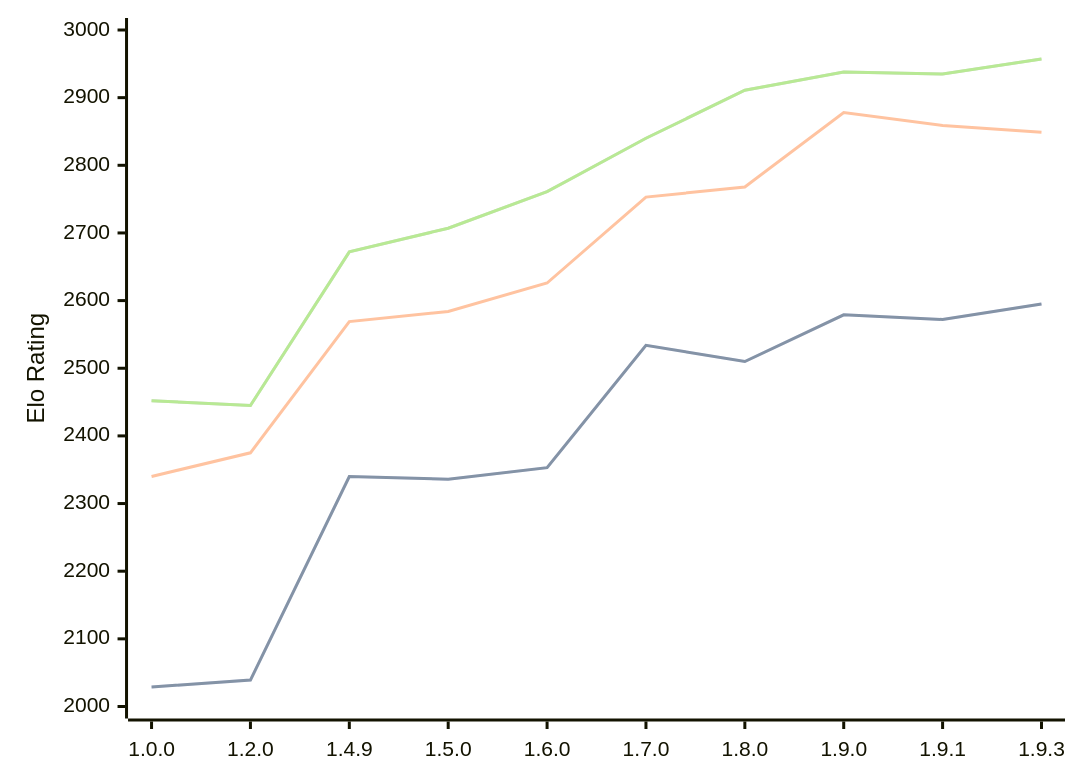
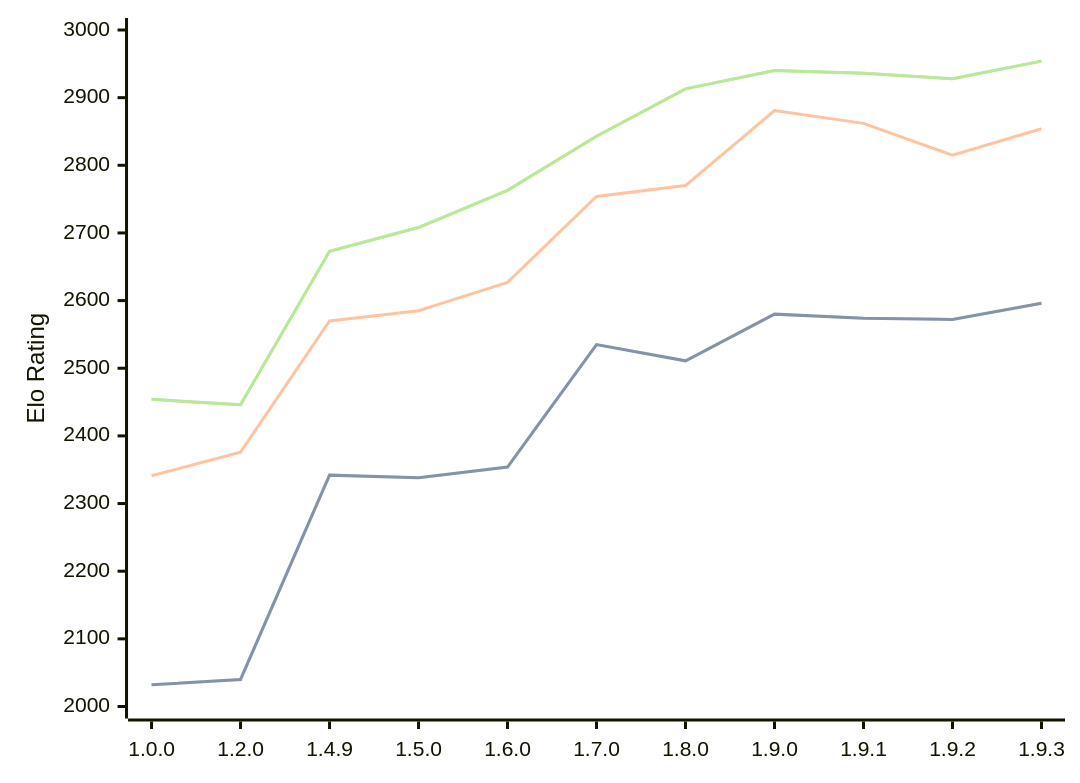
One commit to computer-chess-index/cci changed the diagram in engines/Basilisk.md. Above: the diagram before and after it, drawn with Mermaid. The commit also changed other lines of this file, not shown here.

Commit message:
Update CCI Ratings (ELO VLTC) - 2026-08-09

````diff
--- a/engines/Basilisk.md
+++ b/engines/Basilisk.md
@@ -54,11 +54,11 @@
 ```mermaid
 %%{init: {"theme":"base","themeVariables":{"seriesColors:['#a3a3a3','#222221','#faa371']}}}%%
 xychart-beta
-  x-axis ["1.0.0", "1.2.0", "1.4.9", "1.5.0", "1.6.0", "1.7.0", "1.8.0", "1.9.0", "1.9.1", "1.9.3"]
+  x-axis ["1.0.0", "1.2.0", "1.4.9", "1.5.0", "1.6.0", "1.7.0", "1.8.0", "1.9.0", "1.9.1", "1.9.2", "1.9.3"]
   y-axis "Elo Rating" 2000 --> 3000
-  line "STC (8.0+0.08s)" [2029, 2039, 2340, 2336, 2353, 2534, 2510, 2579, 2572, 2595]
-  line "STC (8.0+0.08s)" [2029, 2039, 2340, 2336, 2353, 2534, 2510, 2579, 2572, 2595]
-  line "LTC (60.0+0.60s)" [2340, 2375, 2569, 2584, 2626, 2753, 2768, 2878, 2859, 2849]
-  line "VLTC (2m24s+1.12s)" [2452, 2445, 2672, 2707, 2761, 2840, 2911, 2938, 2935, 2957]
-  line "VLTC (2m24s+1.12s)" [2452, 2445, 2672, 2707, 2761, 2840, 2911, 2938, 2935, 2957]
+  line "STC (8.0+0.08s)" [2032, 2040, 2342, 2338, 2354, 2535, 2511, 2580, 2574, 2572, 2596]
+  line "STC (8.0+0.08s)" [2032, 2040, 2342, 2338, 2354, 2535, 2511, 2580, 2574, 2572, 2596]
+  line "LTC (60.0+0.60s)" [2341, 2376, 2570, 2585, 2627, 2754, 2770, 2881, 2862, 2815, 2854]
+  line "VLTC (2m24s+1.12s)" [2454, 2446, 2673, 2708, 2763, 2843, 2913, 2940, 2936, 2928, 2954]
+  line "VLTC (2m24s+1.12s)" [2454, 2446, 2673, 2708, 2763, 2843, 2913, 2940, 2936, 2928, 2954]
 ```
````
